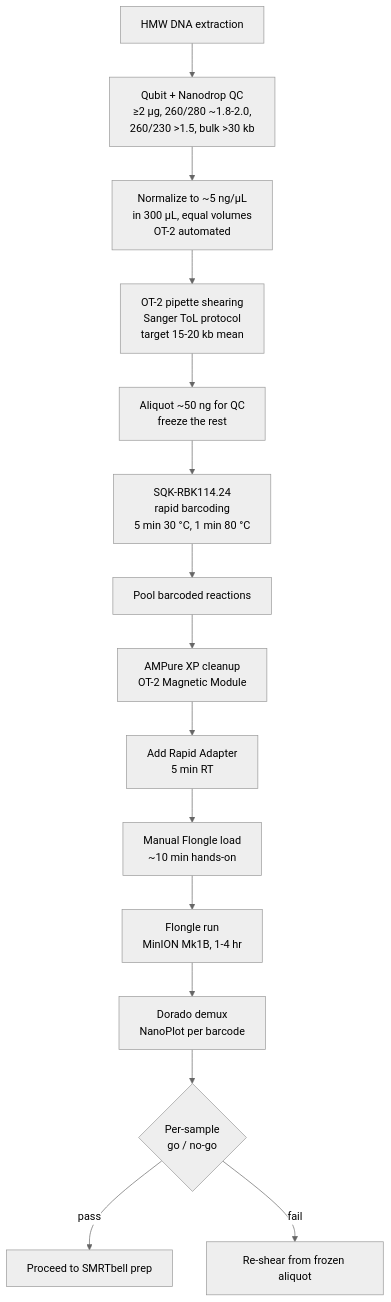
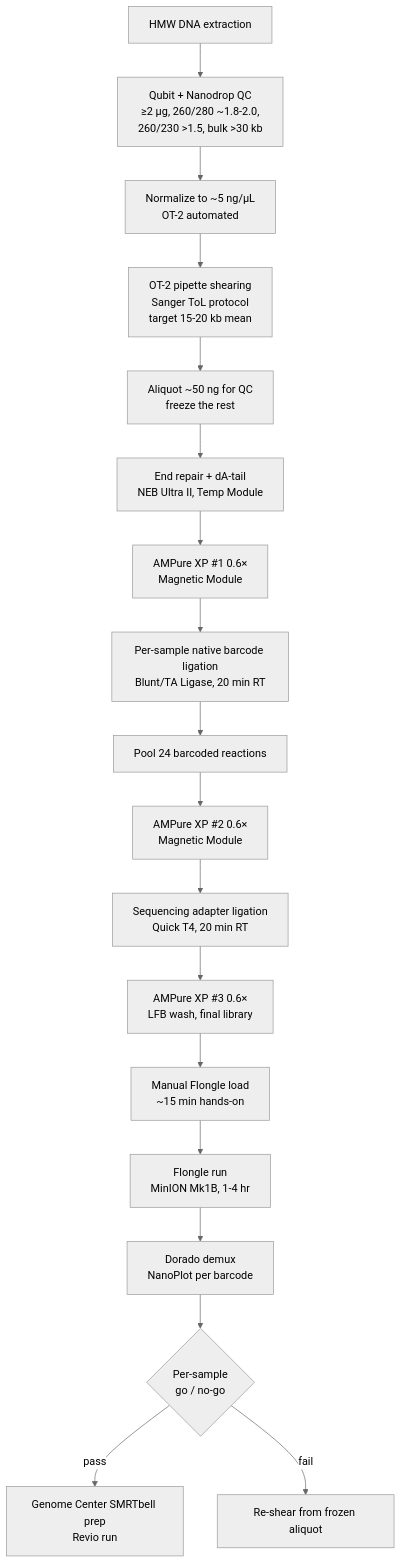
Before and after one commit to monroe-lab/lab-handbook: the diagram in docs/wet-lab/library-prep/in-house-hifi-shearing-pipeline.md, drawn with Mermaid (neutral theme). The commit also changed other lines of this file and 25 other files, not shown here.

````diff
--- a/docs/wet-lab/library-prep/in-house-hifi-shearing-pipeline.md
+++ b/docs/wet-lab/library-prep/in-house-hifi-shearing-pipeline.md
@@ -16,17 +34,20 @@
 ```mermaid
 flowchart TD
   A[HMW DNA extraction] --> B[Qubit + Nanodrop QC<br/>≥2 µg, 260/280 ~1.8-2.0,<br/>260/230 >1.5, bulk >30 kb]
-  B --> C[Normalize to ~5 ng/µL<br/>in 300 µL, equal volumes<br/>OT-2 automated]
+  B --> C[Normalize to ~5 ng/µL<br/>OT-2 automated]
   C --> D[OT-2 pipette shearing<br/>Sanger ToL protocol<br/>target 15-20 kb mean]
   D --> E[Aliquot ~50 ng for QC<br/>freeze the rest]
-  E --> F[SQK-RBK114.24<br/>rapid barcoding<br/>5 min 30 °C, 1 min 80 °C]
-  F --> G[Pool barcoded reactions]
-  G --> H[AMPure XP cleanup<br/>OT-2 Magnetic Module]
-  H --> I[Add Rapid Adapter<br/>5 min RT]
-  I --> J[Manual Flongle load<br/>~10 min hands-on]
-  J --> K[Flongle run<br/>MinION Mk1B, 1-4 hr]
-  K --> L[Dorado demux<br/>NanoPlot per barcode]
-  L --> M{Per-sample<br/>go / no-go}
-  M -->|pass| N[Proceed to SMRTbell prep]
-  M -->|fail| O[Re-shear from frozen aliquot]
+  E --> F[End repair + dA-tail<br/>NEB Ultra II, Temp Module]
+  F --> G[AMPure XP #1 0.6×<br/>Magnetic Module]
+  G --> H[Per-sample native barcode ligation<br/>Blunt/TA Ligase, 20 min RT]
+  H --> I[Pool 24 barcoded reactions]
+  I --> J[AMPure XP #2 0.6×<br/>Magnetic Module]
+  J --> K[Sequencing adapter ligation<br/>Quick T4, 20 min RT]
+  K --> L[AMPure XP #3 0.6×<br/>LFB wash, final library]
+  L --> M[Manual Flongle load<br/>~15 min hands-on]
+  M --> N[Flongle run<br/>MinION Mk1B, 1-4 hr]
+  N --> O[Dorado demux<br/>NanoPlot per barcode]
+  O --> P{Per-sample<br/>go / no-go}
+  P -->|pass| Q[Genome Center SMRTbell prep<br/>Revio run]
+  P -->|fail| R[Re-shear from frozen aliquot]
 ```
````
